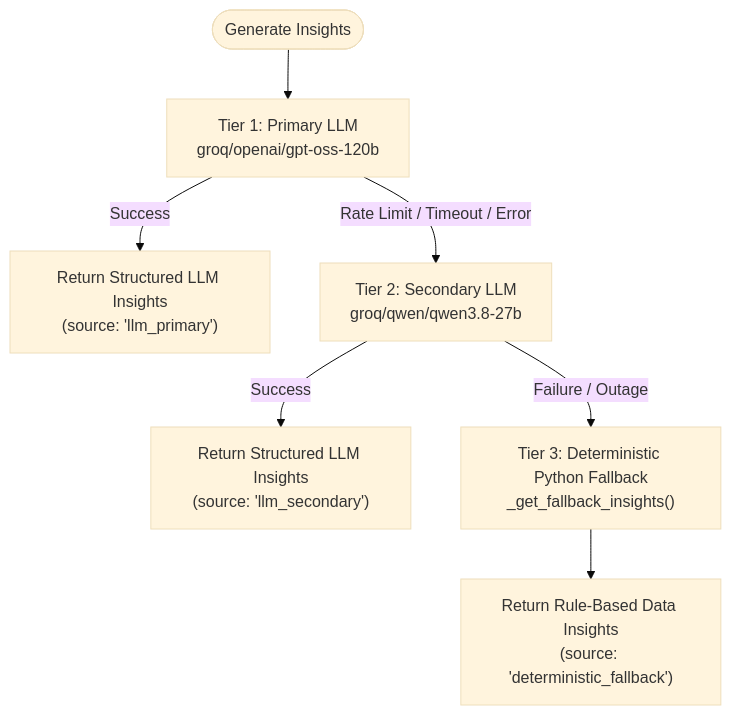
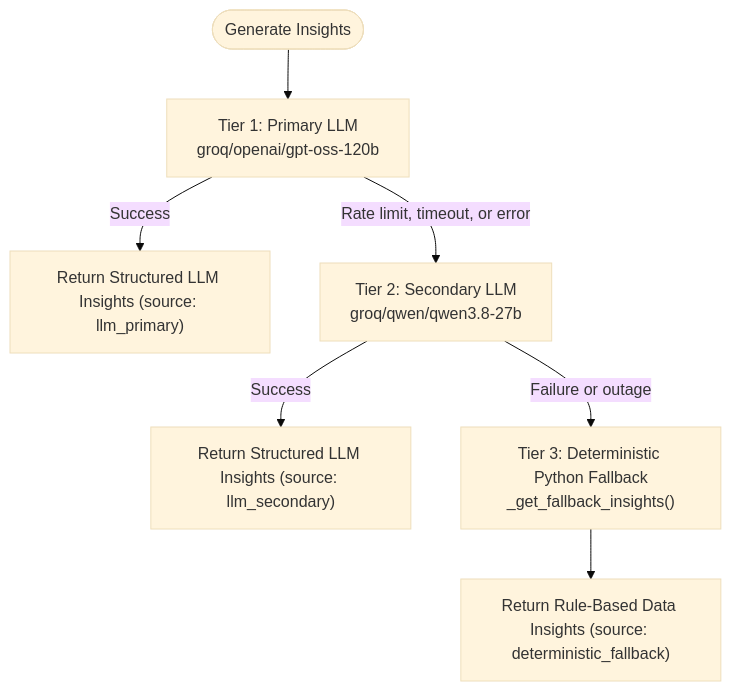
One commit to Tanay-chaturvedi/Business_Analysis_Agent changed the second of 3 diagrams in README.md. Above: the diagram before and after it, drawn with Mermaid (base theme). The commit also changed other lines of this file, not shown here.

Commit message:
docs: finalize README and fix Mermaid diagrams

````diff
--- a/README.md
+++ b/README.md
@@ -126,11 +132,11 @@
 ```mermaid
 flowchart TD
     Req([Generate Insights]) --> Tier1["Tier 1: Primary LLM\ngroq/openai/gpt-oss-120b"]
-    Tier1 -->|Success| Out1["Return Structured LLM Insights\n(source: 'llm_primary')"]
+    Tier1 -->|Success| Out1["Return Structured LLM Insights (source: llm_primary)"]
     
-    Tier1 -->|Rate Limit / Timeout / Error| Tier2["Tier 2: Secondary LLM\ngroq/qwen/qwen3.8-27b"]
-    Tier2 -->|Success| Out2["Return Structured LLM Insights\n(source: 'llm_secondary')"]
+    Tier1 -->|Rate limit, timeout, or error| Tier2["Tier 2: Secondary LLM\ngroq/qwen/qwen3.8-27b"]
+    Tier2 -->|Success| Out2["Return Structured LLM Insights (source: llm_secondary)"]
     
-    Tier2 -->|Failure / Outage| Tier3["Tier 3: Deterministic Python Fallback\n_get_fallback_insights()"]
-    Tier3 --> Out3["Return Rule-Based Data Insights\n(source: 'deterministic_fallback')"]
+    Tier2 -->|Failure or outage| Tier3["Tier 3: Deterministic Python Fallback\n_get_fallback_insights()"]
+    Tier3 --> Out3["Return Rule-Based Data Insights (source: deterministic_fallback)"]
 ```
````
